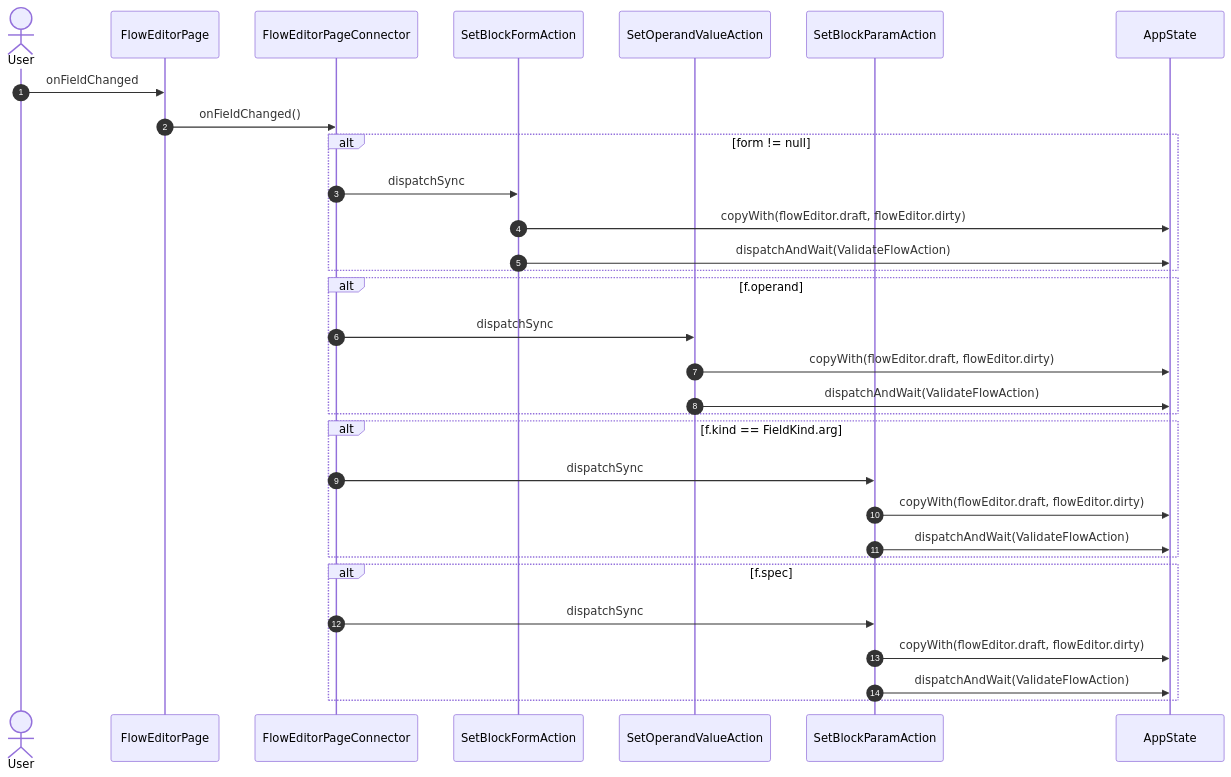
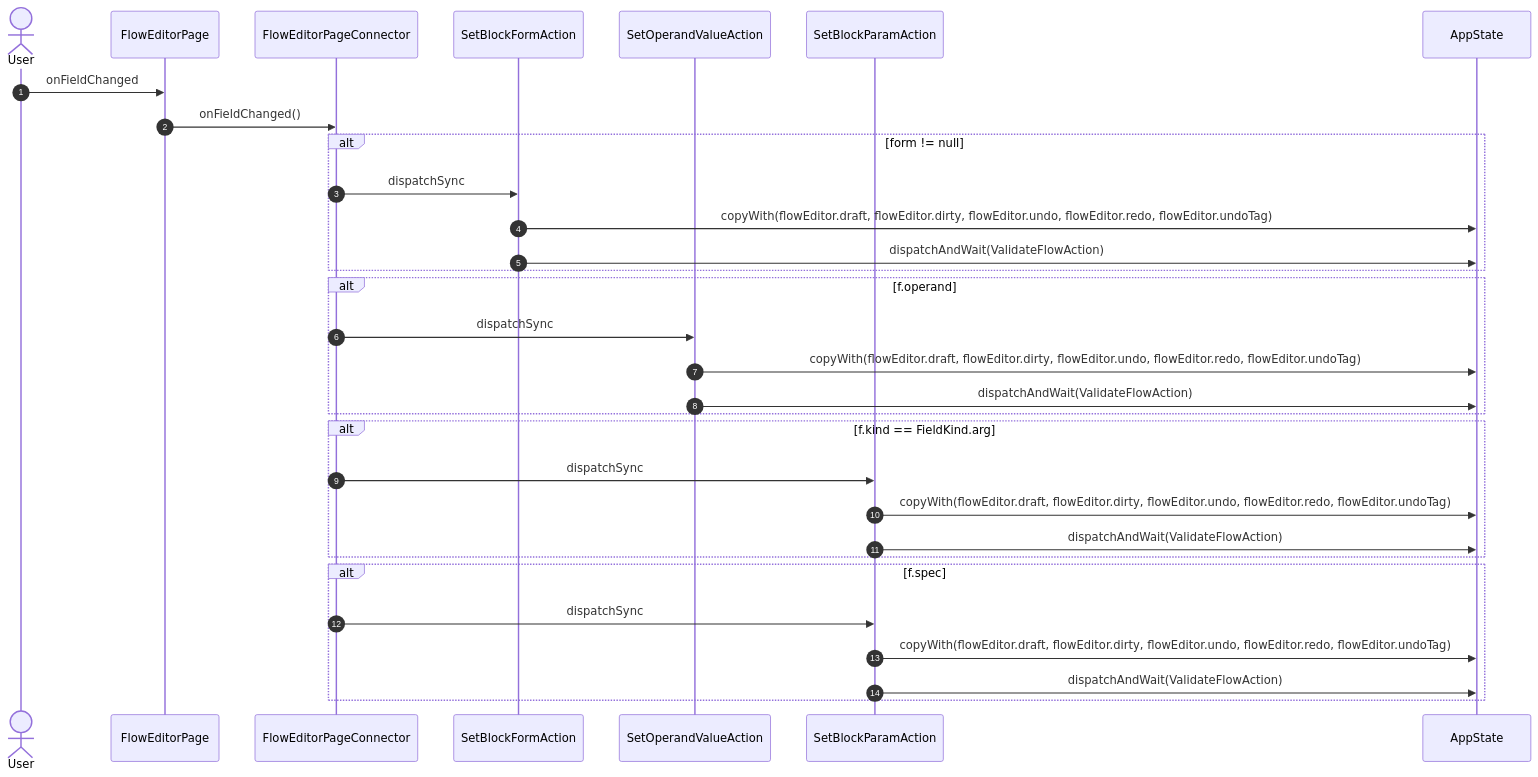
Before and after one commit to gencto/wyrm: diagram 24 of 30 in studio/docs/flows/flowEditor.md, drawn with Mermaid. The commit also changed other lines of this file and 82 other files, not shown here.

First line of the commit message:
studio: pins, selection, clipboard, undo and shortcuts on the flow canvas

````diff
--- a/studio/docs/flows/flowEditor.md
+++ b/studio/docs/flows/flowEditor.md
@@ -337,34 +489,34 @@
 ```mermaid
 sequenceDiagram
     autonumber
     actor User
     participant UI as FlowEditorPage
     participant VM as FlowEditorPageConnector
     participant A1 as SetBlockFormAction
     participant A2 as SetOperandValueAction
     participant A3 as SetBlockParamAction
     participant ST as AppState
 
     User->>UI: onFieldChanged
     UI->>VM: onFieldChanged()
     alt form != null
         VM->>A1: dispatchSync
-        A1->>ST: copyWith(flowEditor.draft, flowEditor.dirty)
+        A1->>ST: copyWith(flowEditor.draft, flowEditor.dirty, flowEditor.undo, flowEditor.redo, flowEditor.undoTag)
         A1->>ST: dispatchAndWait(ValidateFlowAction)
     end
     alt f.operand
         VM->>A2: dispatchSync
-        A2->>ST: copyWith(flowEditor.draft, flowEditor.dirty)
+        A2->>ST: copyWith(flowEditor.draft, flowEditor.dirty, flowEditor.undo, flowEditor.redo, flowEditor.undoTag)
         A2->>ST: dispatchAndWait(ValidateFlowAction)
     end
     alt f.kind == FieldKind.arg
         VM->>A3: dispatchSync
-        A3->>ST: copyWith(flowEditor.draft, flowEditor.dirty)
+        A3->>ST: copyWith(flowEditor.draft, flowEditor.dirty, flowEditor.undo, flowEditor.redo, flowEditor.undoTag)
         A3->>ST: dispatchAndWait(ValidateFlowAction)
     end
     alt f.spec
         VM->>A3: dispatchSync
-        A3->>ST: copyWith(flowEditor.draft, flowEditor.dirty)
+        A3->>ST: copyWith(flowEditor.draft, flowEditor.dirty, flowEditor.undo, flowEditor.redo, flowEditor.undoTag)
         A3->>ST: dispatchAndWait(ValidateFlowAction)
     end
 ```
````
